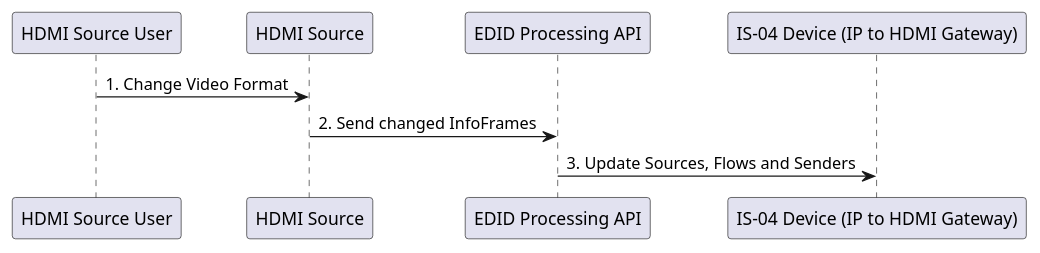
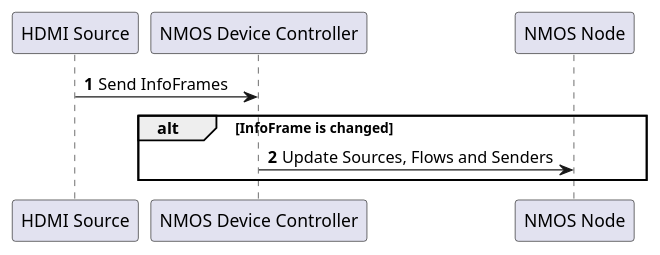
The diagram in docs/images/puml/infoframe_change_sequence.puml (AMWA-TV/bcp-005-01), drawn with PlantUML before and after one commit. The commit also changed 19 other files, not shown here.

First line of the commit message:
Update language in Architecture document (#45)

```diff
--- a/docs/images/puml/infoframe_change_sequence.puml
+++ b/docs/images/puml/infoframe_change_sequence.puml
@@ -1,10 +1,8 @@
 @startuml
-participant "HDMI Source User"
-participant "HDMI Source"
-participant "EDID Processing API"
-participant "IS-04 Device (IP to HDMI Gateway)"
+autonumber
 
-"HDMI Source User" -> "HDMI Source": 1. Change Video Format
-"HDMI Source" -> "EDID Processing API": 2. Send changed InfoFrames
-"IS-04 Device (IP to HDMI Gateway)" <- "EDID Processing API": 3. Update Sources, Flows and Senders
+"HDMI Source" -> "NMOS Device Controller": Send InfoFrames
+alt InfoFrame is changed
+    "NMOS Device Controller" -> "NMOS Node": Update Sources, Flows and Senders
+end
 @enduml
```
